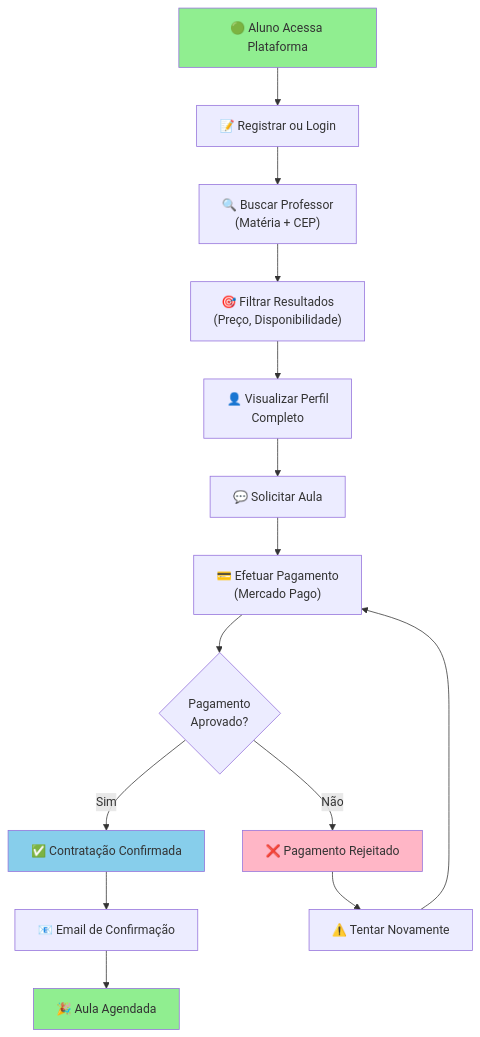
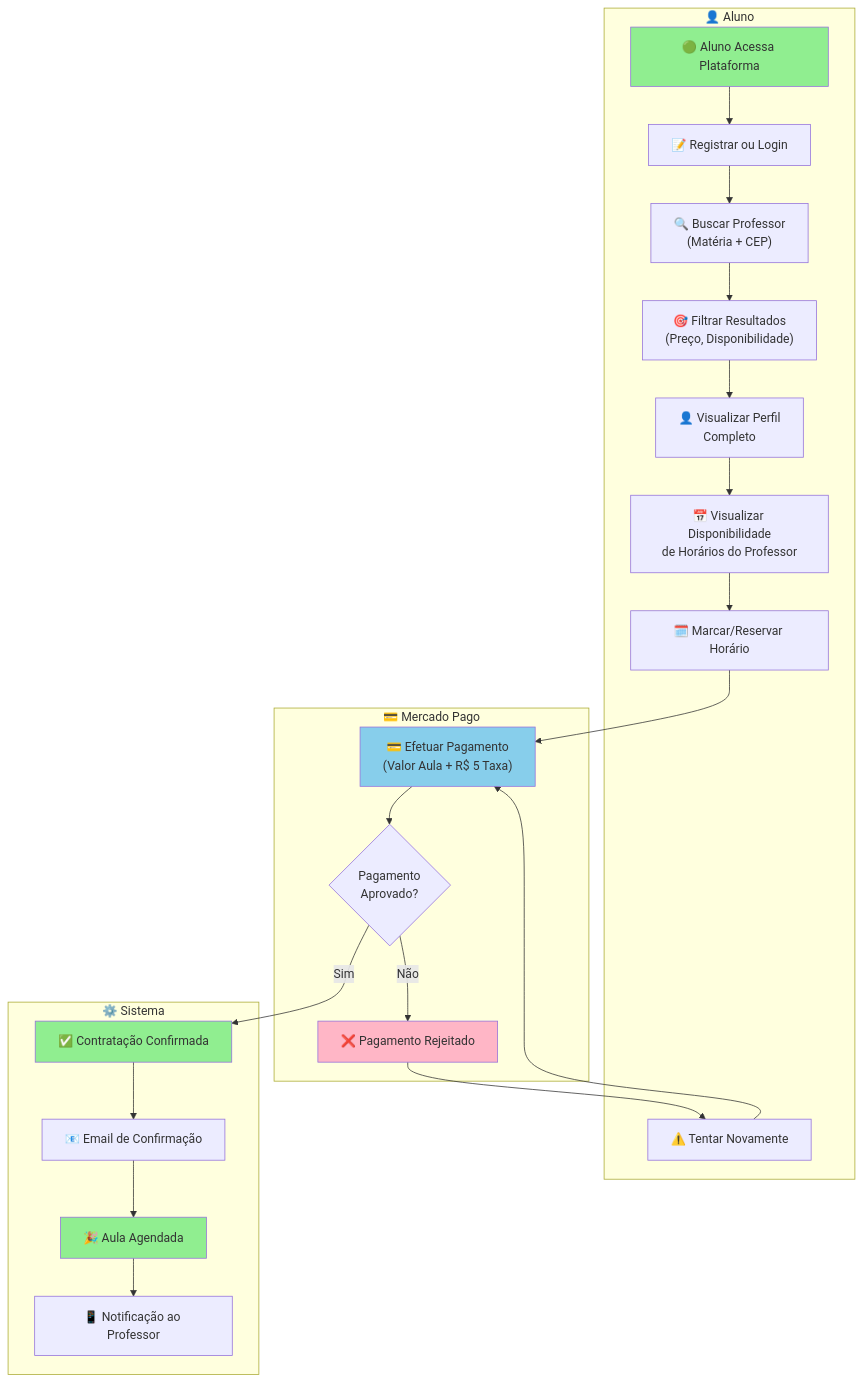
The first of 10 diagrams in BPMN_DIAGRAM.md (VictorHCSampaio/ConectaPro), drawn with Mermaid before and after one commit. The commit also changed other lines of this file, not shown here.

Commit message:
docs: atualiza diagrama BPMN com raias e matriz RACI final

````diff
--- a/BPMN_DIAGRAM.md
+++ b/BPMN_DIAGRAM.md
@@ -5,21 +7,48 @@
 ```mermaid
 graph TD
-    A["🟢 Aluno Acessa Plataforma"] --> B["📝 Registrar ou Login"]
-    B --> C["🔍 Buscar Professor<br/>(Matéria + CEP)"]
-    C --> D["🎯 Filtrar Resultados<br/>(Preço, Disponibilidade)"]
-    D --> E["👤 Visualizar Perfil<br/>Completo"]
-    E --> F["💬 Solicitar Aula"]
-    F --> G["💳 Efetuar Pagamento<br/>(Mercado Pago)"]
-    G --> H{Pagamento<br/>Aprovado?}
-    H -->|Sim| I["✅ Contratação Confirmada"]
-    H -->|Não| J["❌ Pagamento Rejeitado"]
-    I --> K["📧 Email de Confirmação"]
-    K --> L["🎉 Aula Agendada"]
-    J --> M["⚠️ Tentar Novamente"]
-    M --> G
-    
+    subgraph Aluno["👤 Aluno"]
+        A["🟢 Aluno Acessa Plataforma"]
+        B["📝 Registrar ou Login"]
+        C["🔍 Buscar Professor<br/>(Matéria + CEP)"]
+        D["🎯 Filtrar Resultados<br/>(Preço, Disponibilidade)"]
+        E["👤 Visualizar Perfil<br/>Completo"]
+        F["📅 Visualizar Disponibilidade<br/>de Horários do Professor"]
+        G["🗓️ Marcar/Reservar Horário"]
+        O["⚠️ Tentar Novamente"]
+    end
+
+    subgraph MercadoPago["💳 Mercado Pago"]
+        H["💳 Efetuar Pagamento<br/>(Valor Aula + R$ 5 Taxa)"]
+        I{Pagamento<br/>Aprovado?}
+        K["❌ Pagamento Rejeitado"]
+    end
+
+    subgraph Sistema["⚙️ Sistema"]
+        J["✅ Contratação Confirmada"]
+        L["📧 Email de Confirmação"]
+        M["🎉 Aula Agendada"]
+        N["📱 Notificação ao Professor"]
+    end
+
+    A --> B
+    B --> C
+    C --> D
+    D --> E
+    E --> F
+    F --> G
+    G --> H
+    H --> I
+    I -->|Sim| J
+    I -->|Não| K
+    J --> L
+    L --> M
+    M --> N
+    K --> O
+    O --> H
+
     style A fill:#90EE90
-    style L fill:#90EE90
-    style I fill:#87CEEB
-    style J fill:#FFB6C6
+    style J fill:#90EE90
+    style M fill:#90EE90
+    style H fill:#87CEEB
+    style K fill:#FFB6C6
 ```
````
